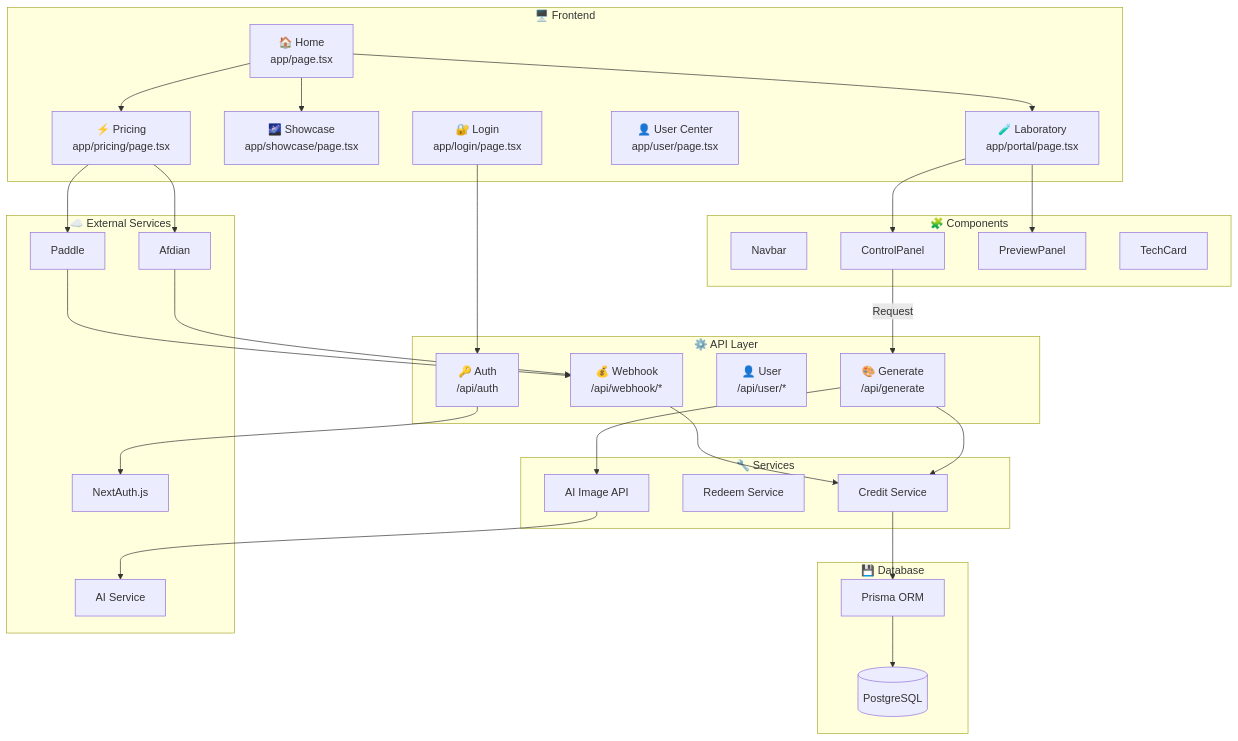
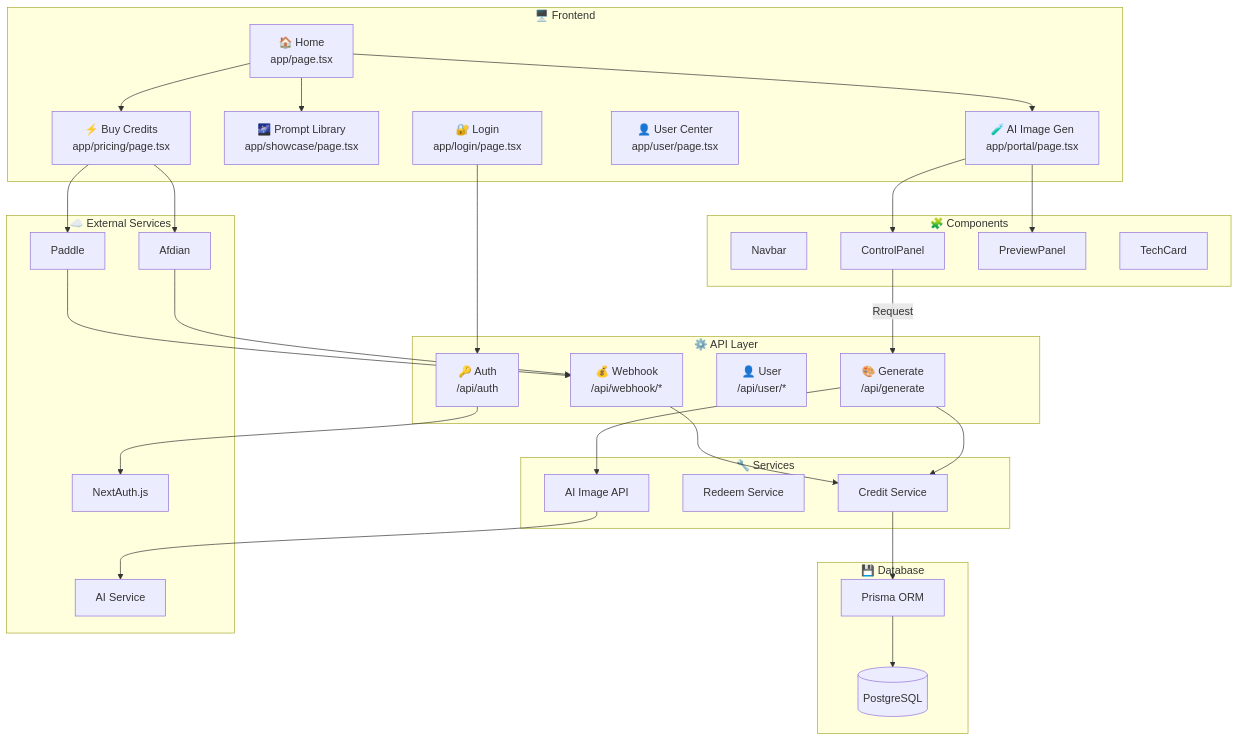
Before and after one commit to Trade-Offf/The-Nth-Me: the first of 2 diagrams in README.md, drawn with Mermaid. The commit also changed other lines of this file and 5 other files, not shown here.

````diff
--- a/README.md
+++ b/README.md
@@ -144,66 +147,66 @@
 ```mermaid
 flowchart TB
     subgraph Frontend["🖥️ Frontend"]
         Home["🏠 Home<br/>app/page.tsx"]
-        Portal["🧪 Laboratory<br/>app/portal/page.tsx"]
-        Showcase["🌌 Showcase<br/>app/showcase/page.tsx"]
-        Pricing["⚡ Pricing<br/>app/pricing/page.tsx"]
+        Portal["🧪 AI Image Gen<br/>app/portal/page.tsx"]
+        Showcase["🌌 Prompt Library<br/>app/showcase/page.tsx"]
+        Pricing["⚡ Buy Credits<br/>app/pricing/page.tsx"]
         User["👤 User Center<br/>app/user/page.tsx"]
         Login["🔐 Login<br/>app/login/page.tsx"]
     end
 
     subgraph Components["🧩 Components"]
         Navbar["Navbar"]
         ControlPanel["ControlPanel"]
         PreviewPanel["PreviewPanel"]
         TechCard["TechCard"]
     end
 
     subgraph API["⚙️ API Layer"]
         AuthAPI["🔑 Auth<br/>/api/auth"]
         GenerateAPI["🎨 Generate<br/>/api/generate"]
         UserAPI["👤 User<br/>/api/user/*"]
         WebhookAPI["💰 Webhook<br/>/api/webhook/*"]
     end
 
     subgraph Services["🔧 Services"]
         CreditService["Credit Service"]
         RedeemService["Redeem Service"]
         NanobananaAPI["AI Image API"]
     end
 
     subgraph Database["💾 Database"]
         Prisma["Prisma ORM"]
         PostgreSQL[("PostgreSQL")]
     end
 
     subgraph External["☁️ External Services"]
         NextAuth["NextAuth.js"]
         Afdian["Afdian"]
         Paddle["Paddle"]
         AIService["AI Service"]
     end
 
     Home --> Portal
     Home --> Showcase
     Home --> Pricing
     Portal --> ControlPanel
     Portal --> PreviewPanel
 
     ControlPanel -->|"Request"| GenerateAPI
     GenerateAPI --> CreditService
     GenerateAPI --> NanobananaAPI
     NanobananaAPI --> AIService
 
     Login --> AuthAPI
     AuthAPI --> NextAuth
 
     Pricing --> Afdian
     Pricing --> Paddle
     Afdian --> WebhookAPI
     Paddle --> WebhookAPI
     WebhookAPI --> CreditService
 
     CreditService --> Prisma
     Prisma --> PostgreSQL
 ```
````
